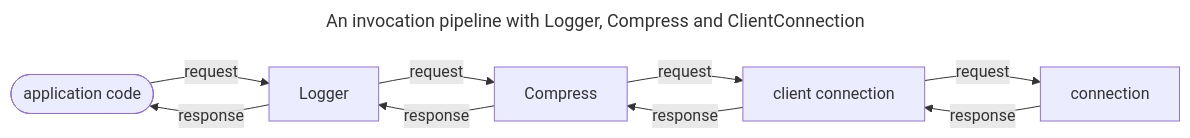
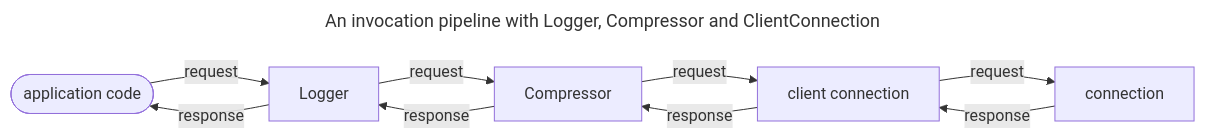
The diagram in pages/icerpc-core/invocation/interceptor.md (icerpc/icerpc-docs), drawn with Mermaid before and after one commit. The commit also changed other lines of this file and 10 other files, not shown here.

````diff
--- a/pages/icerpc-core/invocation/interceptor.md
+++ b/pages/icerpc-core/invocation/interceptor.md
@@ -52,9 +52,9 @@
 ```mermaid
 ---
-title: An invocation pipeline with Logger, Compress and ClientConnection
+title: An invocation pipeline with Logger, Compressor and ClientConnection
 ---
 flowchart LR
-    app([application code]) -- request --> i1[Logger] -- request --> i2[Compress]
+    app([application code]) -- request --> i1[Logger] -- request --> i2[Compressor]
     i2 -- request --> ti["client connection"] -- request --> connection
     connection -- response --> ti -- response --> i2 -- response --> i1 -- response --> app
 ```
````
